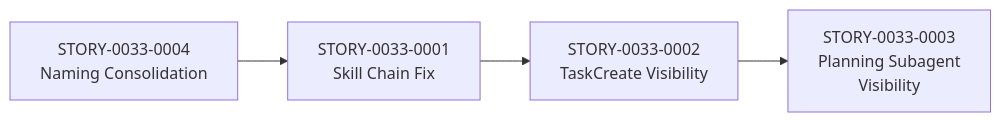
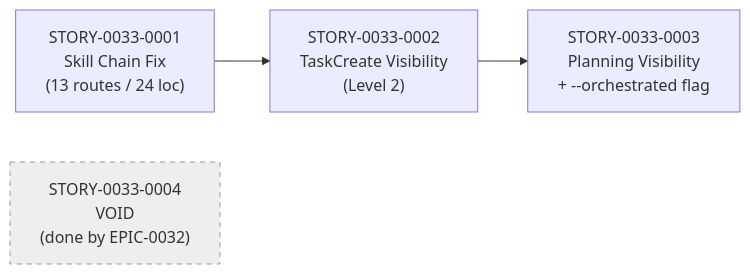
One commit to edercnj/ia-dev-environment changed the diagram in plans/epic-0033/implementation-map-0033.md. Above: the diagram before and after it, drawn with Mermaid. The commit also changed other lines of this file and 5 other files, not shown here.

````diff
--- a/plans/epic-0033/implementation-map-0033.md
+++ b/plans/epic-0033/implementation-map-0033.md
@@ -14,6 +16,7 @@
 ```mermaid
 graph LR
-    S0004["STORY-0033-0004<br/>Naming Consolidation"] --> S0001["STORY-0033-0001<br/>Skill Chain Fix"]
-    S0001 --> S0002["STORY-0033-0002<br/>TaskCreate Visibility"]
-    S0002 --> S0003["STORY-0033-0003<br/>Planning Subagent<br/>Visibility"]
+    S0001["STORY-0033-0001<br/>Skill Chain Fix<br/>(13 routes / 24 loc)"] --> S0002["STORY-0033-0002<br/>TaskCreate Visibility<br/>(Level 2)"]
+    S0002 --> S0003["STORY-0033-0003<br/>Planning Visibility<br/>+ --orchestrated flag"]
+    S0004["STORY-0033-0004<br/>VOID<br/>(done by EPIC-0032)"]
+    style S0004 fill:#eee,stroke:#999,stroke-dasharray: 5 5
 ```
````
